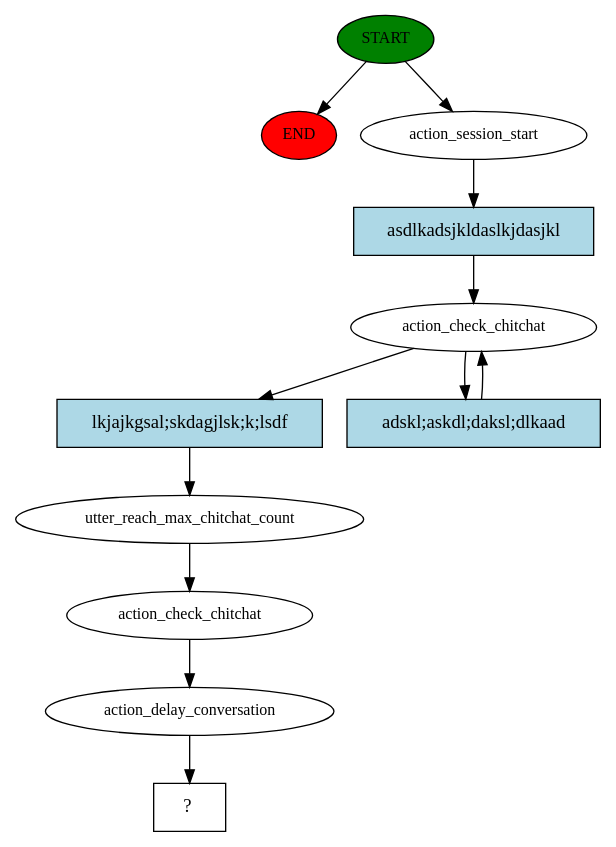
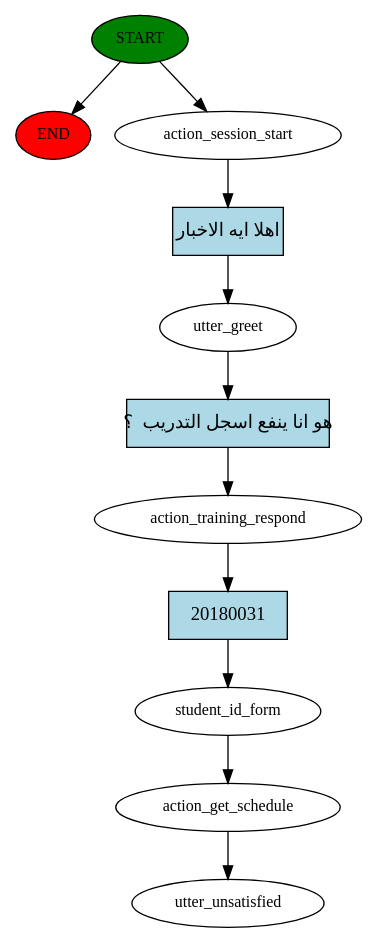
Before and after one commit to skawy/Arabic-Conversational-Assistant: the diagram in story_graph.dot, drawn with Graphviz. The commit also changed 11 other files, not shown here.

Commit message:
fix everything about chitchat and removing training examples and adding unrelated topics stories and nlu

```diff
--- a/story_graph.dot
+++ b/story_graph.dot
@@ -1,24 +1,23 @@
 digraph  {
 0 [class="start active", fillcolor=green, fontsize=12, label=START, style=filled];
 "-1" [class=end, fillcolor=red, fontsize=12, label=END, style=filled];
 1 [class=active, fontsize=12, label=action_session_start];
-2 [class=active, fontsize=12, label=action_check_chitchat];
-4 [class=active, fontsize=12, label=utter_reach_max_chitchat_count];
-5 [class=active, fontsize=12, label=action_check_chitchat];
-6 [class=active, fontsize=12, label=action_delay_conversation];
-7 [class="intent dashed active", label="  ?  ", shape=rect];
-8 [class="intent active", fillcolor=lightblue, label=asdlkadsjkldaslkjdasjkl, shape=rect, style=filled];
-9 [class="intent active", fillcolor=lightblue, label="lkjajkgsal;skdagjlsk;k;lsdf", shape=rect, style=filled];
-10 [class="intent active", fillcolor=lightblue, label="adskl;askdl;daksl;dlkaad", shape=rect, style=filled];
+2 [class=active, fontsize=12, label=utter_greet];
+3 [class=active, fontsize=12, label=action_training_respond];
+4 [class=active, fontsize=12, label=student_id_form];
+5 [class=active, fontsize=12, label=action_get_schedule];
+6 [class="dashed active", fontsize=12, label=utter_unsatisfied];
+7 [class="intent active", fillcolor=lightblue, label="اهلا ايه الاخبار", shape=rect, style=filled];
+8 [class="intent active", fillcolor=lightblue, label="هو انا ينفع اسجل التدريب  ؟", shape=rect, style=filled];
+9 [class="intent active", fillcolor=lightblue, label=20180031, shape=rect, style=filled];
 0 -> "-1"  [class="", key=NONE, label=""];
 0 -> 1  [class=active, key=NONE, label=""];
-1 -> 8  [class=active, key=0];
-2 -> 9  [class=active, key=0];
-2 -> 10  [class=active, key=0];
+1 -> 7  [class=active, key=0];
+2 -> 8  [class=active, key=0];
+3 -> 9  [class=active, key=0];
 4 -> 5  [class=active, key=NONE, label=""];
 5 -> 6  [class=active, key=NONE, label=""];
-6 -> 7  [class=active, key=NONE, label=""];
-8 -> 2  [class=active, key=0];
+7 -> 2  [class=active, key=0];
+8 -> 3  [class=active, key=0];
 9 -> 4  [class=active, key=0];
-10 -> 2  [class=active, key=0];
 }
```
